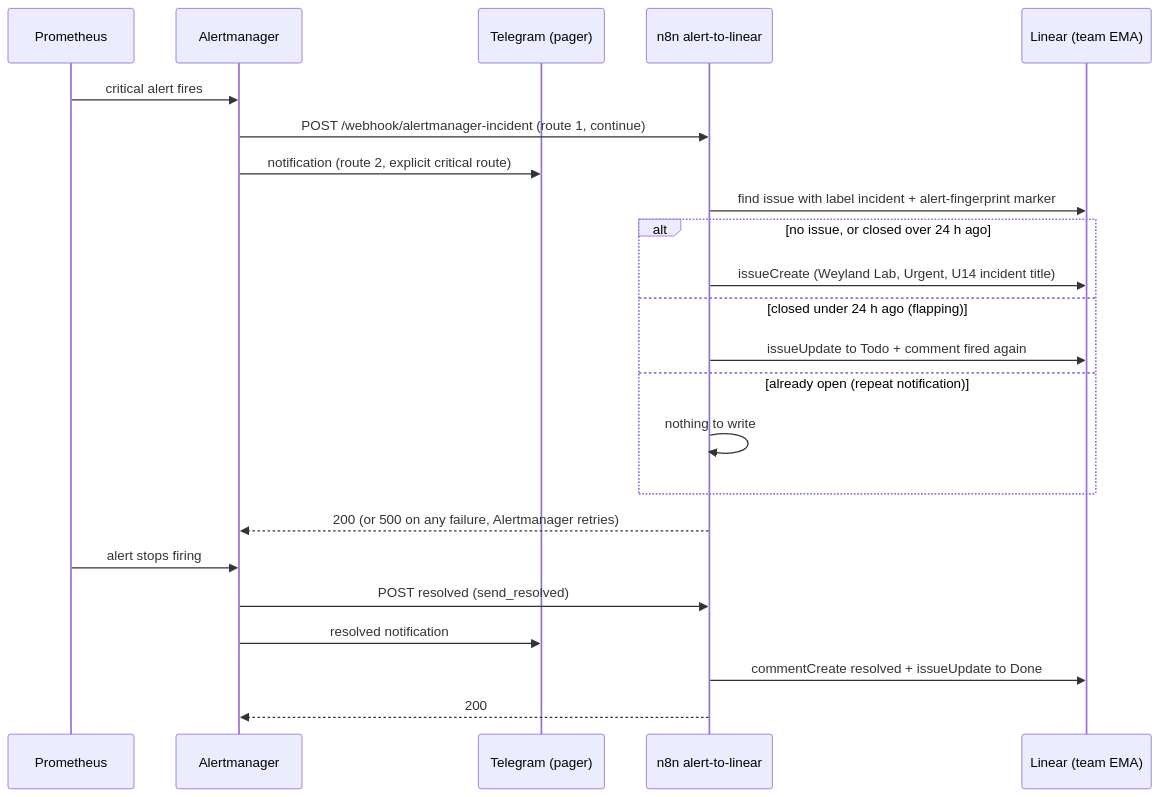
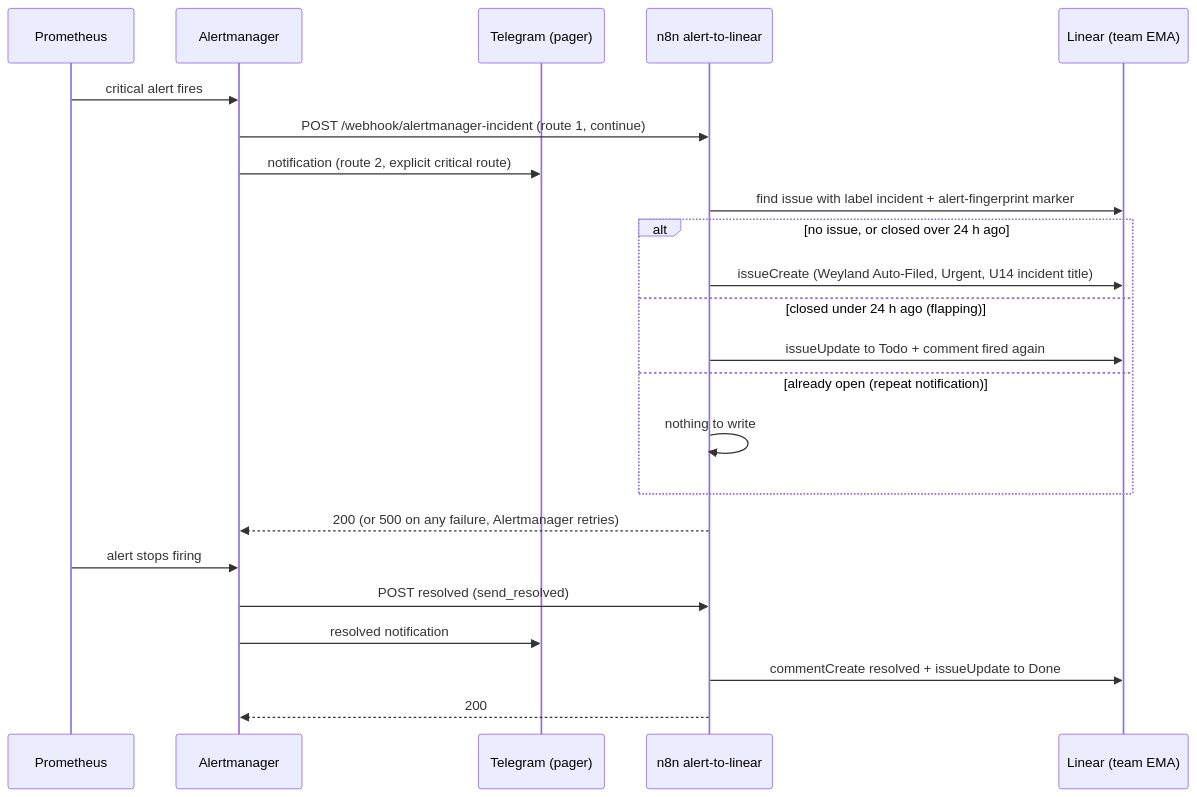
The diagram in docs/diagrams/flow-alert-to-linear.md (edtbl76/weyland-lab), drawn with Mermaid before and after one commit. The commit also changed 23 other files, not shown here.

````diff
--- a/docs/diagrams/flow-alert-to-linear.md
+++ b/docs/diagrams/flow-alert-to-linear.md
@@ -7,25 +7,25 @@
 ```mermaid
 sequenceDiagram
     participant Pr as Prometheus
     participant AM as Alertmanager
     participant Tg as Telegram (pager)
     participant N as n8n alert-to-linear
     participant L as Linear (team EMA)
     Pr->>AM: critical alert fires
     AM->>N: POST /webhook/alertmanager-incident (route 1, continue)
     AM->>Tg: notification (route 2, explicit critical route)
     N->>L: find issue with label incident + alert-fingerprint marker
     alt no issue, or closed over 24 h ago
-        N->>L: issueCreate (Weyland Lab, Urgent, U14 incident title)
+        N->>L: issueCreate (Weyland Auto-Filed, Urgent, U14 incident title)
     else closed under 24 h ago (flapping)
         N->>L: issueUpdate to Todo + comment fired again
     else already open (repeat notification)
         N->>N: nothing to write
     end
     N-->>AM: 200 (or 500 on any failure, Alertmanager retries)
     Pr->>AM: alert stops firing
     AM->>N: POST resolved (send_resolved)
     AM->>Tg: resolved notification
     N->>L: commentCreate resolved + issueUpdate to Done
     N-->>AM: 200
 ```
````
